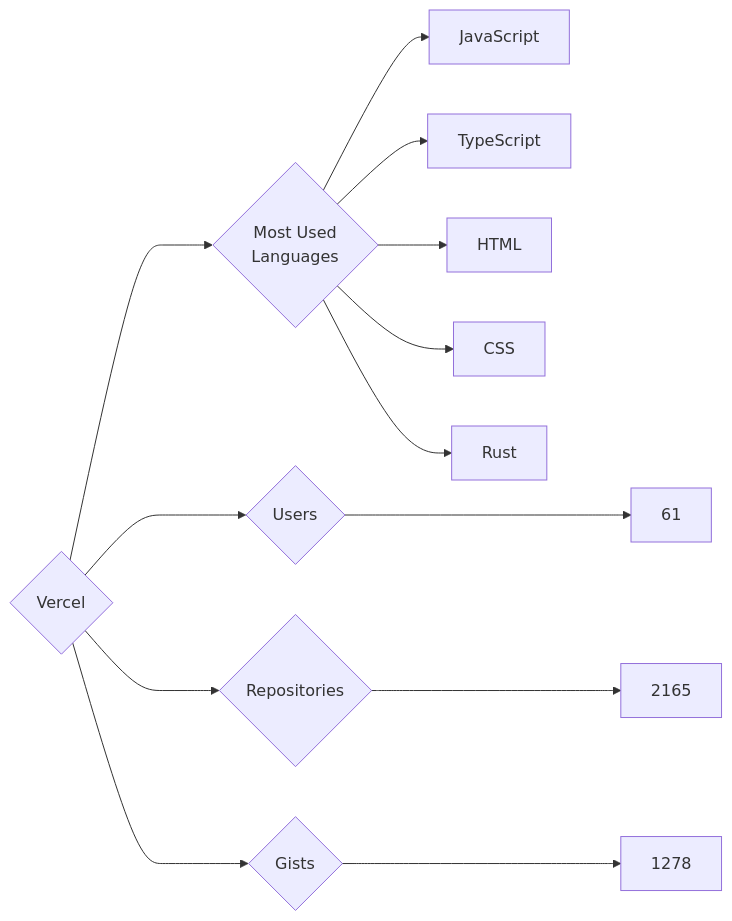
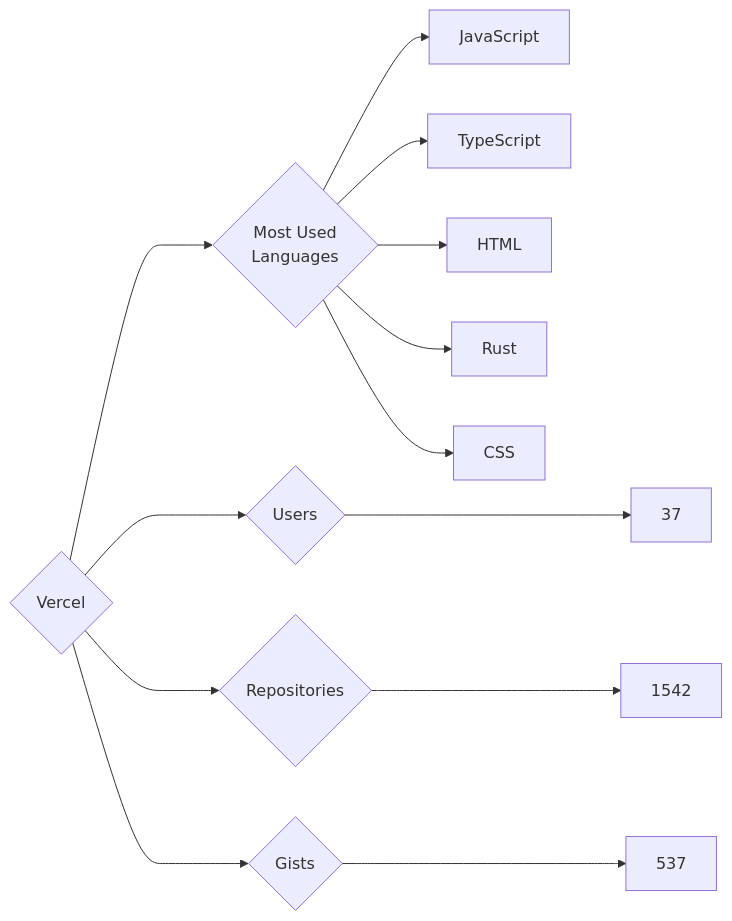
The diagram in targets/Vercel/README.md (trickest/insiders), drawn with Mermaid before and after one commit. The commit also changed 870 other files, not shown here.

````diff
--- a/targets/Vercel/README.md
+++ b/targets/Vercel/README.md
@@ -3,13 +3,13 @@
 ```mermaid
 graph LR
 COMPANY_NAME{Vercel}
-COMPANY_NAME ---> U{Users} ---> UN[61]
-COMPANY_NAME ---> R{Repositories} ---> RN[2165]
-COMPANY_NAME ---> G{Gists} ---> GN[1278]
+COMPANY_NAME ---> U{Users} ---> UN[37]
+COMPANY_NAME ---> R{Repositories} ---> RN[1542]
+COMPANY_NAME ---> G{Gists} ---> GN[537]
 COMPANY_NAME ---> ML{Most Used<br>Languages}
 ML --> JavaScript[JavaScript]
 ML --> TypeScript[TypeScript]
 ML --> HTML[HTML]
+ML --> Rust[Rust]
 ML --> CSS[CSS]
-ML --> Rust[Rust]
 ```
````
